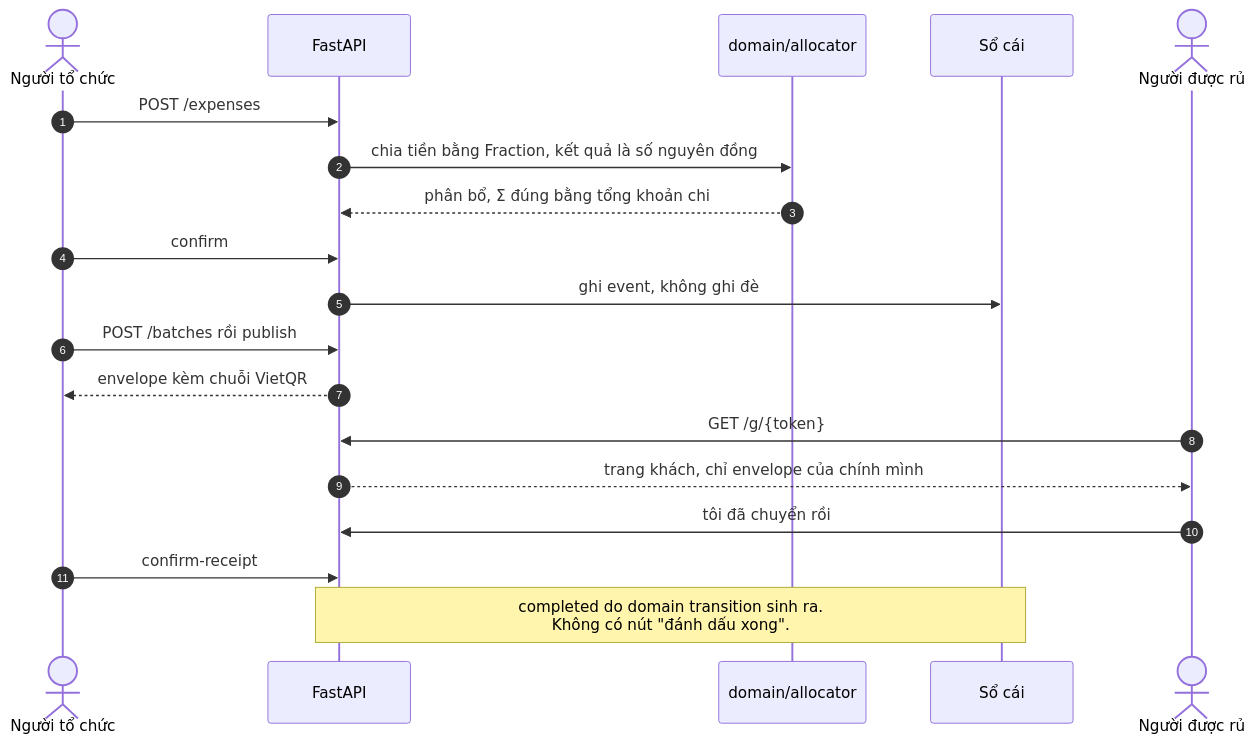
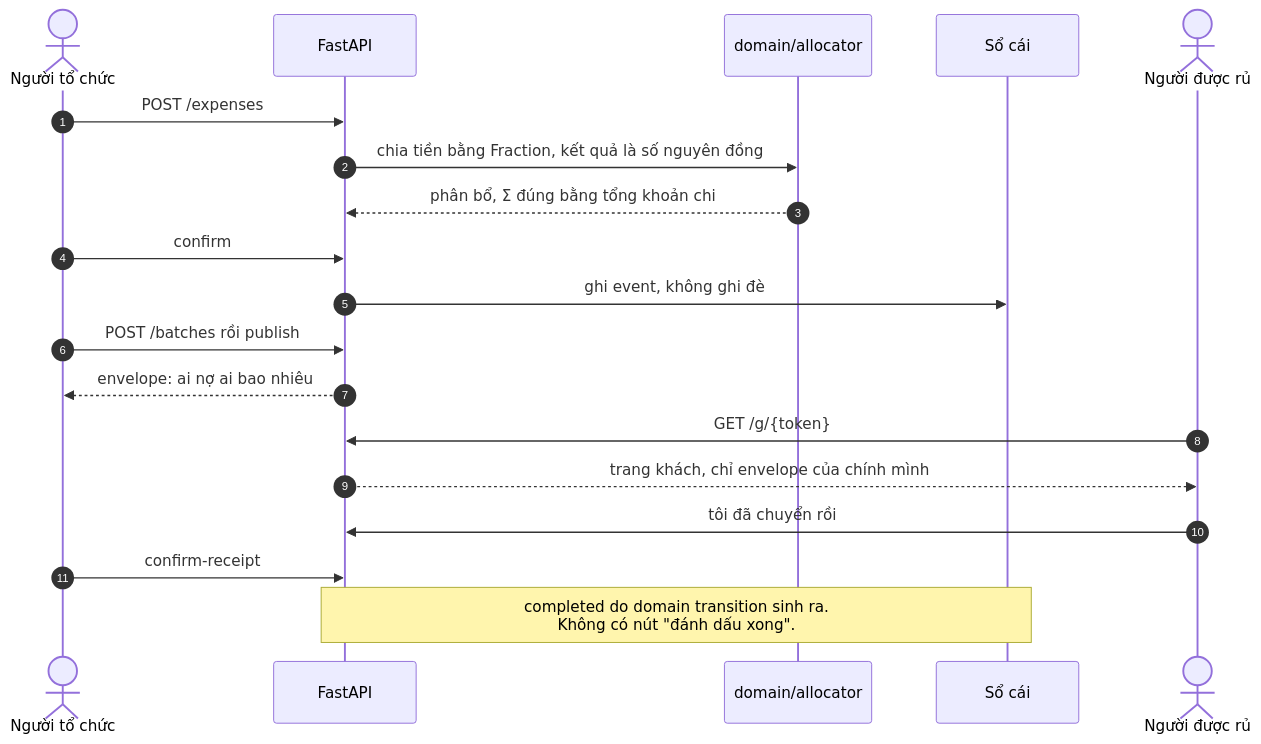
One commit to chuoibo/mobile changed the second of 3 diagrams in README.md. Above: the diagram before and after it, drawn with Mermaid. The commit also changed other lines of this file and 67 other files, not shown here.

````diff
--- a/README.md
+++ b/README.md
@@ -125,22 +125,22 @@
 ```mermaid
 sequenceDiagram
     autonumber
     actor T as Người tổ chức
     participant API as FastAPI
     participant D as domain/allocator
     participant S as Sổ cái
     actor K as Người được rủ
 
     T->>API: POST /expenses
     API->>D: chia tiền bằng Fraction, kết quả là số nguyên đồng
     D-->>API: phân bổ, Σ đúng bằng tổng khoản chi
     T->>API: confirm
     API->>S: ghi event, không ghi đè
     T->>API: POST /batches rồi publish
-    API-->>T: envelope kèm chuỗi VietQR
+    API-->>T: envelope: ai nợ ai bao nhiêu
     K->>API: GET /g/{token}
     API-->>K: trang khách, chỉ envelope của chính mình
     K->>API: tôi đã chuyển rồi
     T->>API: confirm-receipt
     Note over API,S: completed do domain transition sinh ra.<br/>Không có nút "đánh dấu xong".
 ```
````
